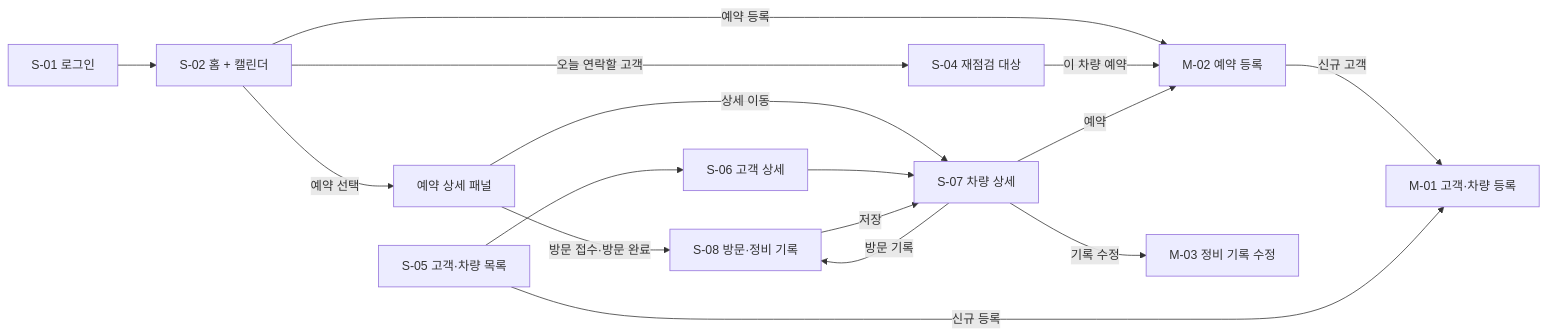
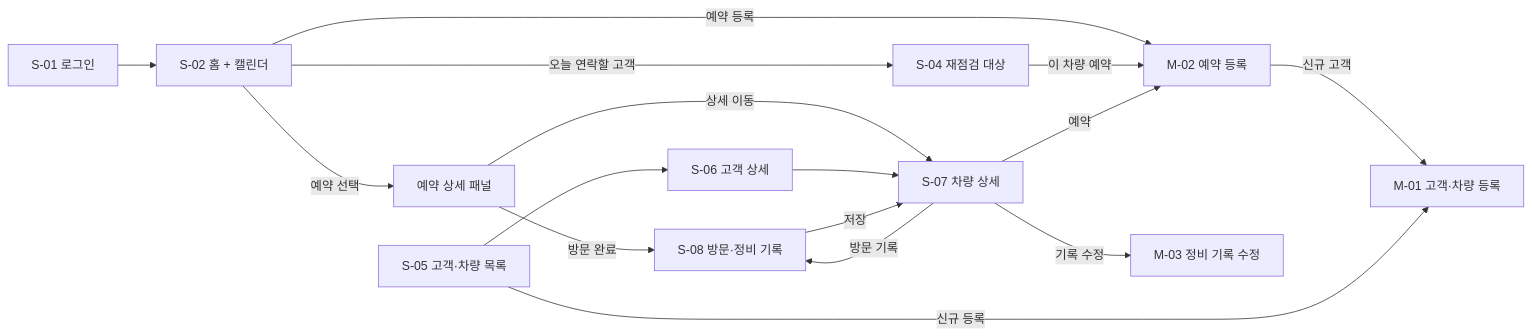
One commit to OneMonthproJect/chagok-docs changed the diagram in docs/09_screens_화면명세서.md. Above: the diagram before and after it, drawn with Mermaid. The commit also changed other lines of this file and 7 other files, not shown here.

````diff
--- a/docs/09_screens_화면명세서.md
+++ b/docs/09_screens_화면명세서.md
@@ -46,18 +46,18 @@
 ```mermaid
 flowchart LR
   S01["S-01 로그인"] --> S02["S-02 홈 + 캘린더"]
   S02 -->|오늘 연락할 고객| S04["S-04 재점검 대상"]
   S02 -->|예약 선택| P["예약 상세 패널"]
   S02 -->|예약 등록| M02["M-02 예약 등록"]
   S04 -->|이 차량 예약| M02
   M02 -->|신규 고객| M01["M-01 고객·차량 등록"]
-  P -->|방문 접수·방문 완료| S08["S-08 방문·정비 기록"]
+  P -->|방문 완료| S08["S-08 방문·정비 기록"]
   P -->|상세 이동| S07["S-07 차량 상세"]
   S05["S-05 고객·차량 목록"] -->|신규 등록| M01
   S05 --> S06["S-06 고객 상세"]
   S06 --> S07
   S07 -->|방문 기록| S08
   S07 -->|예약| M02
   S07 -->|기록 수정| M03["M-03 정비 기록 수정"]
   S08 -->|저장| S07
 ```
````
